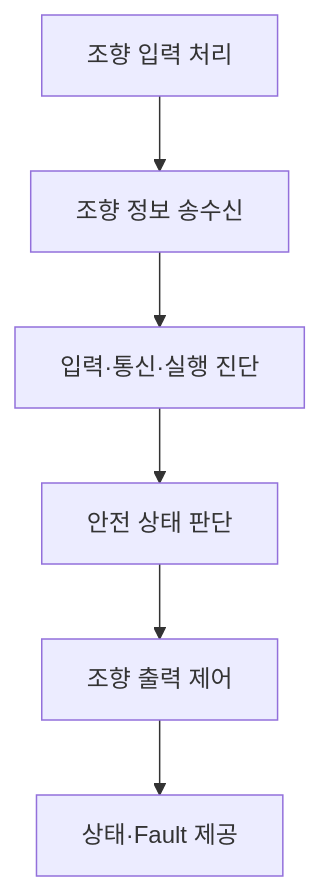
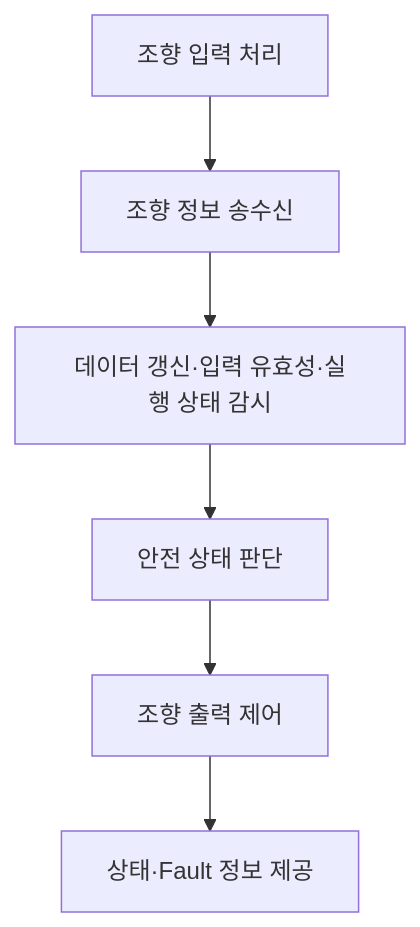
The diagram in iso26262-sbw-failsafe/workproducts/03_SW_Requirements.md (kwangil1245-code/iso26262-sbw-failsafe), drawn with Mermaid before and after one commit. The commit also changed other lines of this file, not shown here.

````diff
--- a/iso26262-sbw-failsafe/workproducts/03_SW_Requirements.md
+++ b/iso26262-sbw-failsafe/workproducts/03_SW_Requirements.md
@@ -31,8 +38,8 @@
 ```mermaid
 flowchart TD
     A["조향 입력 처리"] --> B["조향 정보 송수신"]
-    B --> C["입력·통신·실행 진단"]
+    B --> C["데이터 갱신·입력 유효성·실행 상태 감시"]
     C --> D["안전 상태 판단"]
     D --> E["조향 출력 제어"]
-    E --> F["상태·Fault 제공"]
+    E --> F["상태·Fault 정보 제공"]
 ```
````
